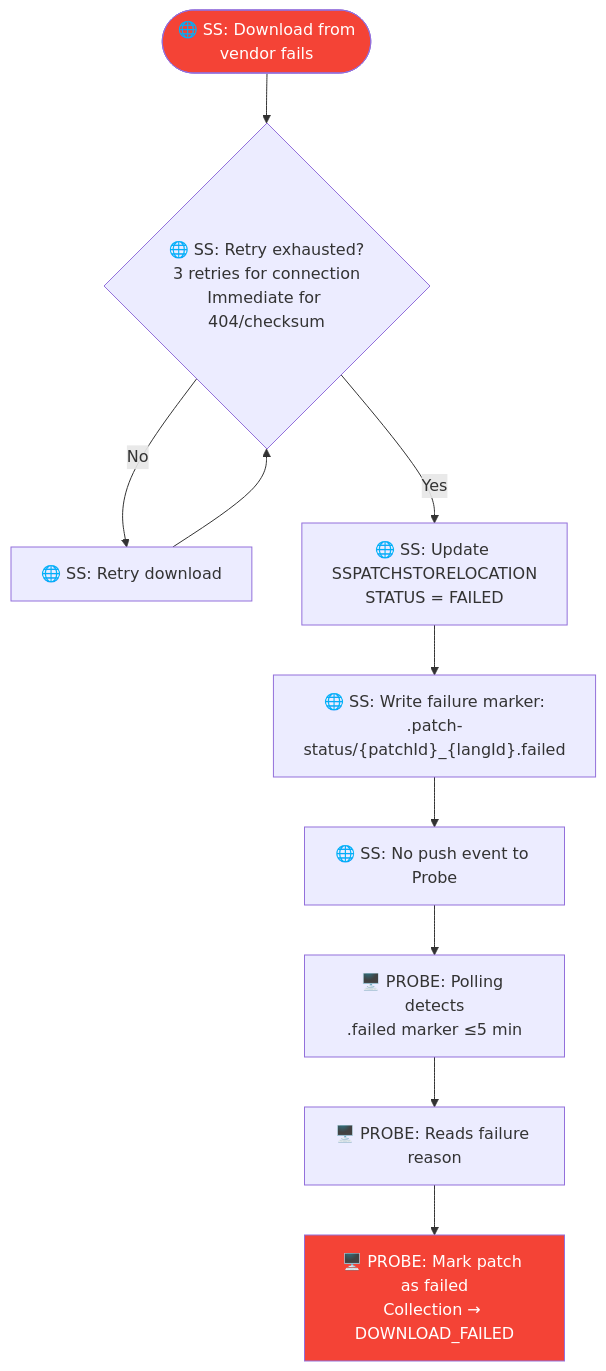
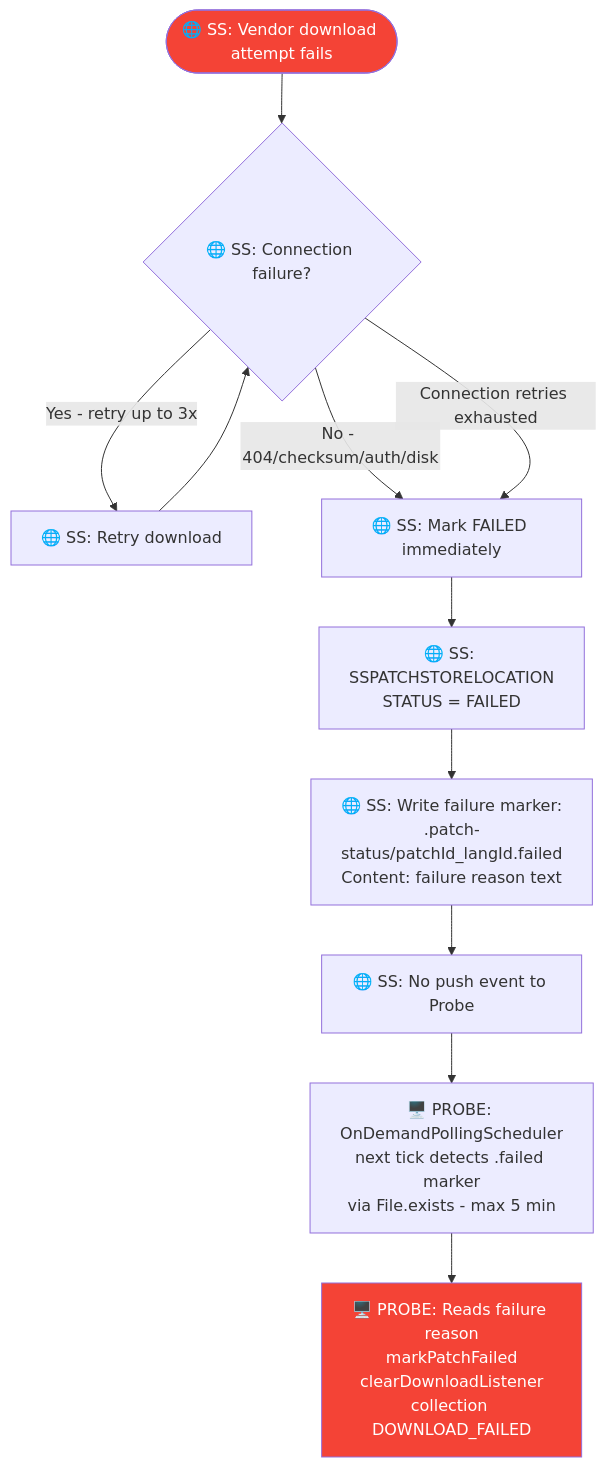
The fifth of 31 diagrams in use-case-diagrams.md (ranjithkumar-a-23525/RebaseEx), drawn with Mermaid before and after one commit. The commit also changed other lines of this file, not shown here.

````diff
--- a/use-case-diagrams.md
+++ b/use-case-diagrams.md
@@ -105,15 +124,16 @@
 ```mermaid
 flowchart TD
-    A(["🌐 SS: Download from<br/>vendor fails"]) --> B{"🌐 SS: Retry exhausted?<br/>3 retries for connection<br/>Immediate for 404/checksum"}
-    B -->|No| C["🌐 SS: Retry download"]
+    A(["🌐 SS: Vendor download attempt fails"]) --> B{"🌐 SS: Connection failure?"}
+    B -->|"Yes - retry up to 3x"| C["🌐 SS: Retry download"]
     C --> B
-    B -->|Yes| D["🌐 SS: Update SSPATCHSTORELOCATION<br/>STATUS = FAILED"]
-    D --> E["🌐 SS: Write failure marker:<br/>.patch-status/{patchId}_{langId}.failed"]
-    E --> F["🌐 SS: No push event to Probe"]
-    F --> G["🖥️ PROBE: Polling detects<br/>.failed marker ≤5 min"]
-    G --> H["🖥️ PROBE: Reads failure reason"]
-    H --> I["🖥️ PROBE: Mark patch as failed<br/>Collection → DOWNLOAD_FAILED"]
+    B -->|"No - 404/checksum/auth/disk"| D["🌐 SS: Mark FAILED immediately"]
+    B -->|"Connection retries exhausted"| D
+    D --> E["🌐 SS: SSPATCHSTORELOCATION<br/>STATUS = FAILED"]
+    E --> F["🌐 SS: Write failure marker:<br/>.patch-status/patchId_langId.failed<br/>Content: failure reason text"]
+    F --> G["🌐 SS: No push event to Probe"]
+    G --> H["🖥️ PROBE: OnDemandPollingScheduler<br/>next tick detects .failed marker<br/>via File.exists - max 5 min"]
+    H --> I["🖥️ PROBE: Reads failure reason<br/>markPatchFailed<br/>clearDownloadListener<br/>collection DOWNLOAD_FAILED"]
 
     style A fill:#f44336,color:#fff
     style I fill:#f44336,color:#fff
 ```
````
